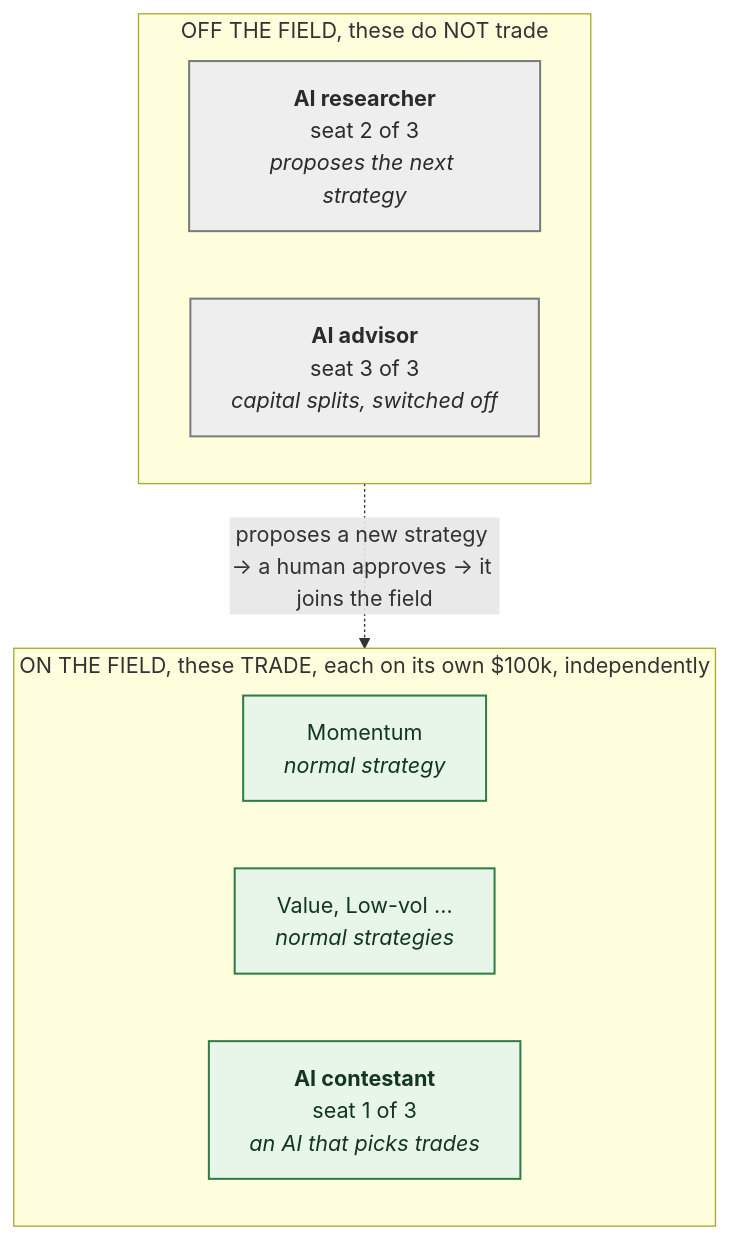
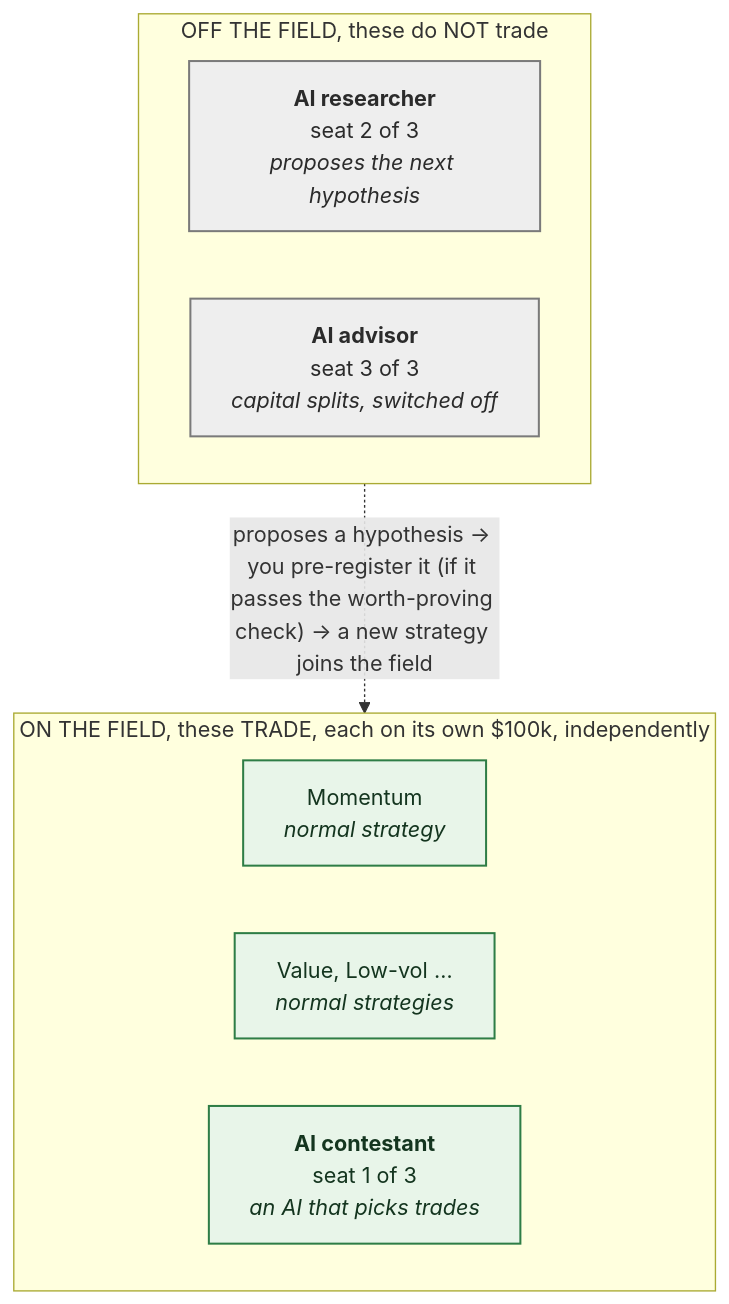
Before and after one commit to masalasev-ops/AlphaFinanceLab: the third of 11 diagrams in ORIENTATION.md, drawn with Mermaid. The commit also changed other lines of this file and 18 other files, not shown here.

````diff
--- a/ORIENTATION.md
+++ b/ORIENTATION.md
@@ -87,22 +106,22 @@
 ```mermaid
 flowchart TB
     subgraph ONFIELD["ON THE FIELD, these TRADE, each on its own $100k, independently"]
         direction LR
         M1["Momentum<br/><i>normal strategy</i>"]:::trade
         M2["Value, Low-vol …<br/><i>normal strategies</i>"]:::trade
         C["<b>AI contestant</b><br/>seat 1 of 3<br/><i>an AI that picks trades</i>"]:::trade
     end
     subgraph OFFFIELD["OFF THE FIELD, these do NOT trade"]
         direction LR
-        R["<b>AI researcher</b><br/>seat 2 of 3<br/><i>proposes the next strategy</i>"]:::notrade
+        R["<b>AI researcher</b><br/>seat 2 of 3<br/><i>proposes the next hypothesis</i>"]:::notrade
         AD["<b>AI advisor</b><br/>seat 3 of 3<br/><i>capital splits, switched off</i>"]:::notrade
     end
-    R -. "proposes a new strategy → a human approves → it joins the field" .-> ONFIELD
+    R -. "proposes a hypothesis → you pre-register it (if it passes the worth-proving check) → a new strategy joins the field" .-> ONFIELD
 
     classDef trade fill:#E8F5E9,stroke:#2E7D46,stroke-width:1.5px,color:#14351f;
     classDef notrade fill:#EEEEEE,stroke:#7A7A7A,stroke-width:1.5px,color:#2b2b2b;
     classDef machine fill:#E7F0FB,stroke:#1F5FA6,stroke-width:1.5px,color:#0f2f52;
     classDef outcome fill:#FFF4E5,stroke:#C77700,stroke-width:1.5px,color:#5c3800;
     classDef hub fill:#E2F5F1,stroke:#0F6E56,stroke-width:1.5px,color:#0a3b30;
     classDef verdict fill:#F3EEFB,stroke:#6A4FB0,stroke-width:1.5px,color:#301d5c;
 ```
````
